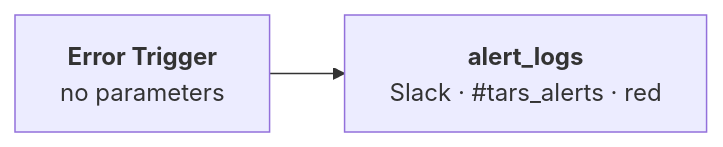
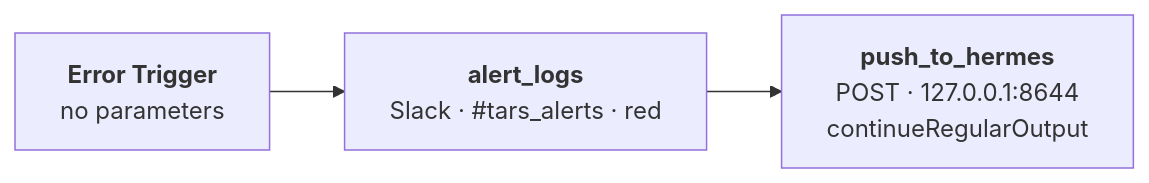
The diagram in docs/error_handler.md (zeltraxion/automation-stack), drawn with Mermaid before and after one commit. The commit also changed other lines of this file and 2 other files, not shown here.

First line of the commit message:
feat: push n8n failures to Hermes as well as Slack

````diff
--- a/docs/error_handler.md
+++ b/docs/error_handler.md
@@ -22,6 +22,7 @@
 ```mermaid
 flowchart LR
     T["<b>Error Trigger</b><br/>no parameters"]
     S["<b>alert_logs</b><br/>Slack · #tars_alerts · red"]
-    T --> S
+    H["<b>push_to_hermes</b><br/>POST · 127.0.0.1:8644<br/>continueRegularOutput"]
+    T --> S --> H
 ```
````
